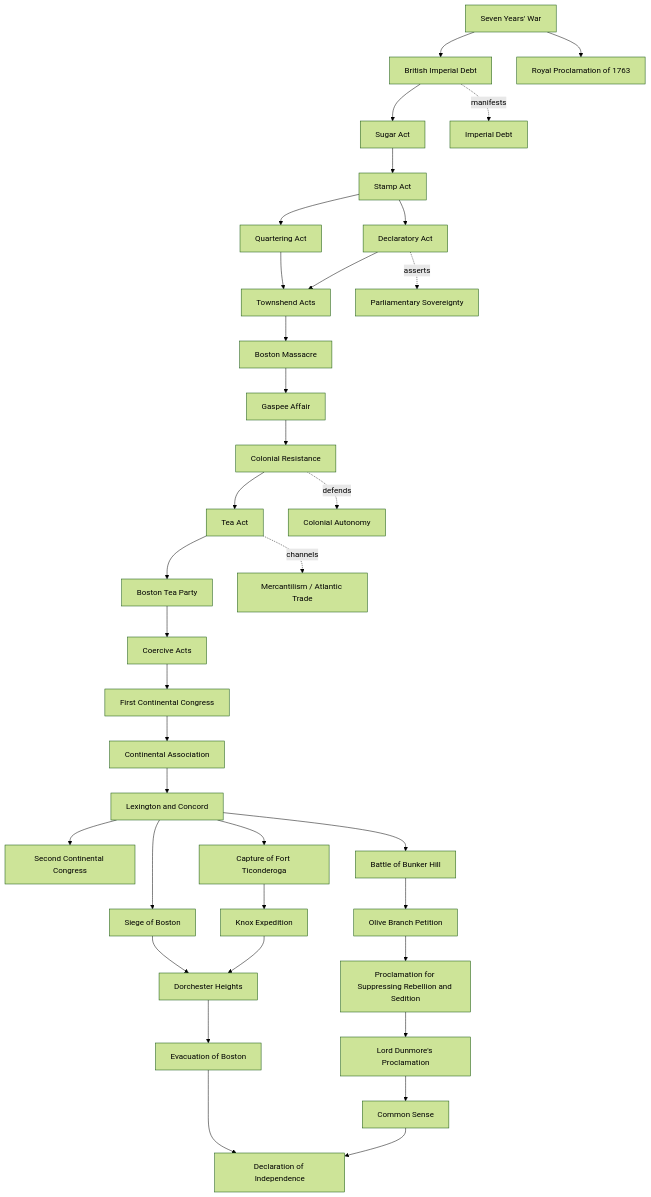
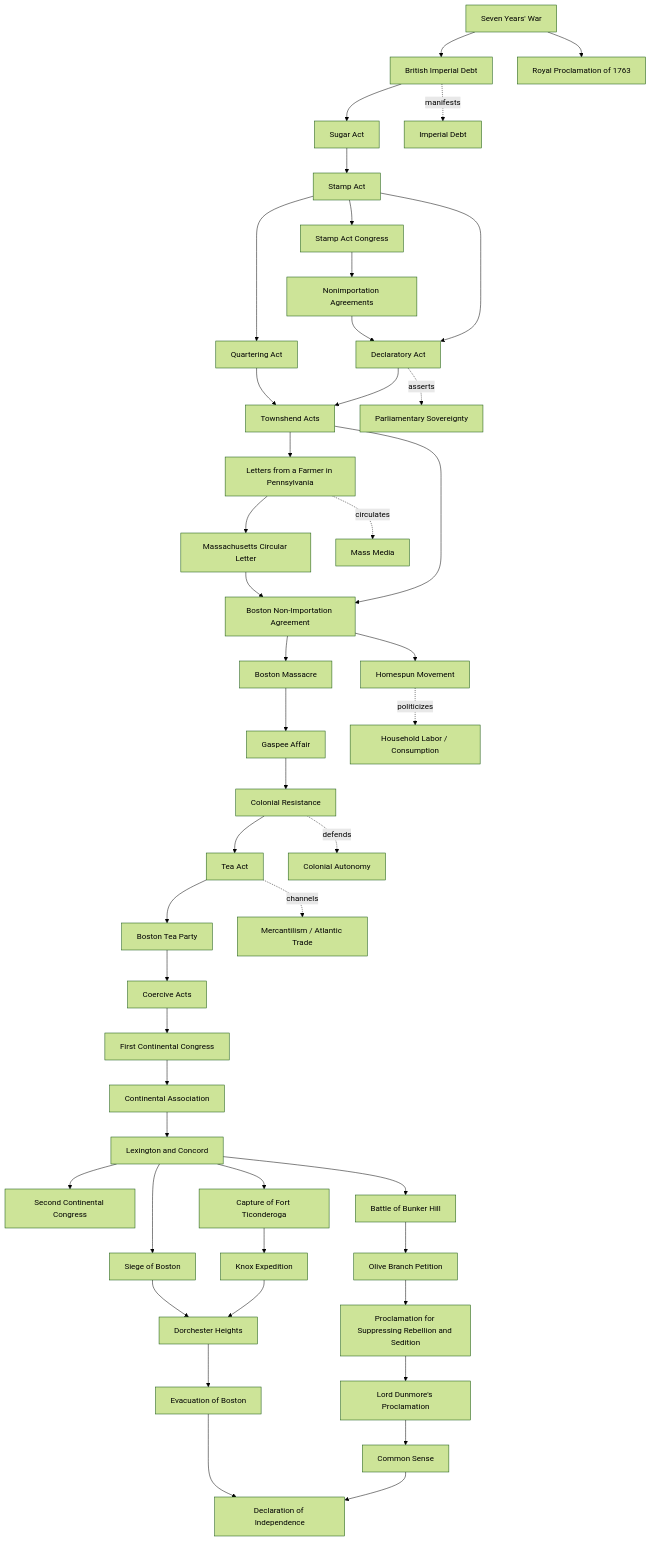
Before and after one commit to mattblethen/Causal-Atlas: the diagram in 13_Modules/American_Revolution/Causal Chain Map.md, drawn with Mermaid (forest theme). The commit also changed other lines of this file and 55 other files, not shown here.

````diff
--- a/13_Modules/American_Revolution/Causal Chain Map.md
+++ b/13_Modules/American_Revolution/Causal Chain Map.md
@@ -9,39 +9,49 @@
 ```mermaid
 flowchart TD
     A["Seven Years' War"] --> B["British Imperial Debt"]
     A --> C["Royal Proclamation of 1763"]
     B --> D["Sugar Act"]
     D --> E["Stamp Act"]
+    E --> EA["Stamp Act Congress"]
+    EA --> EB["Nonimportation Agreements"]
     E --> F["Declaratory Act"]
     E --> G["Quartering Act"]
+    EB --> F
     F --> H["Townshend Acts"]
     G --> H
-    H --> I["Boston Massacre"]
+    H --> HA["Letters from a Farmer in Pennsylvania"]
+    HA --> HB["Massachusetts Circular Letter"]
+    H --> HC["Boston Non-Importation Agreement"]
+    HB --> HC
+    HC --> HD["Homespun Movement"]
+    HC --> I["Boston Massacre"]
     I --> J["Gaspee Affair"]
     J --> K["Colonial Resistance"]
     K --> L["Tea Act"]
     L --> M["Boston Tea Party"]
     M --> N["Coercive Acts"]
     N --> O["First Continental Congress"]
     O --> P["Continental Association"]
     P --> Q["Lexington and Concord"]
     Q --> AD["Second Continental Congress"]
     Q --> AE["Capture of Fort Ticonderoga"]
     AE --> AF["Knox Expedition"]
     Q --> R["Battle of Bunker Hill"]
     R --> S["Olive Branch Petition"]
     S --> T["Proclamation for Suppressing Rebellion and Sedition"]
     T --> U["Lord Dunmore's Proclamation"]
     U --> V["Common Sense"]
     Q --> W["Siege of Boston"]
     AF --> AG["Dorchester Heights"]
     W --> AG
     AG --> X["Evacuation of Boston"]
     V --> Y["Declaration of Independence"]
     X --> Y
 
     B -. manifests .-> Z["Imperial Debt"]
     F -. asserts .-> AA["Parliamentary Sovereignty"]
     K -. defends .-> AB["Colonial Autonomy"]
     L -. channels .-> AC["Mercantilism / Atlantic Trade"]
+    HA -. circulates .-> AH["Mass Media"]
+    HD -. politicizes .-> AI["Household Labor / Consumption"]
 ```
````
